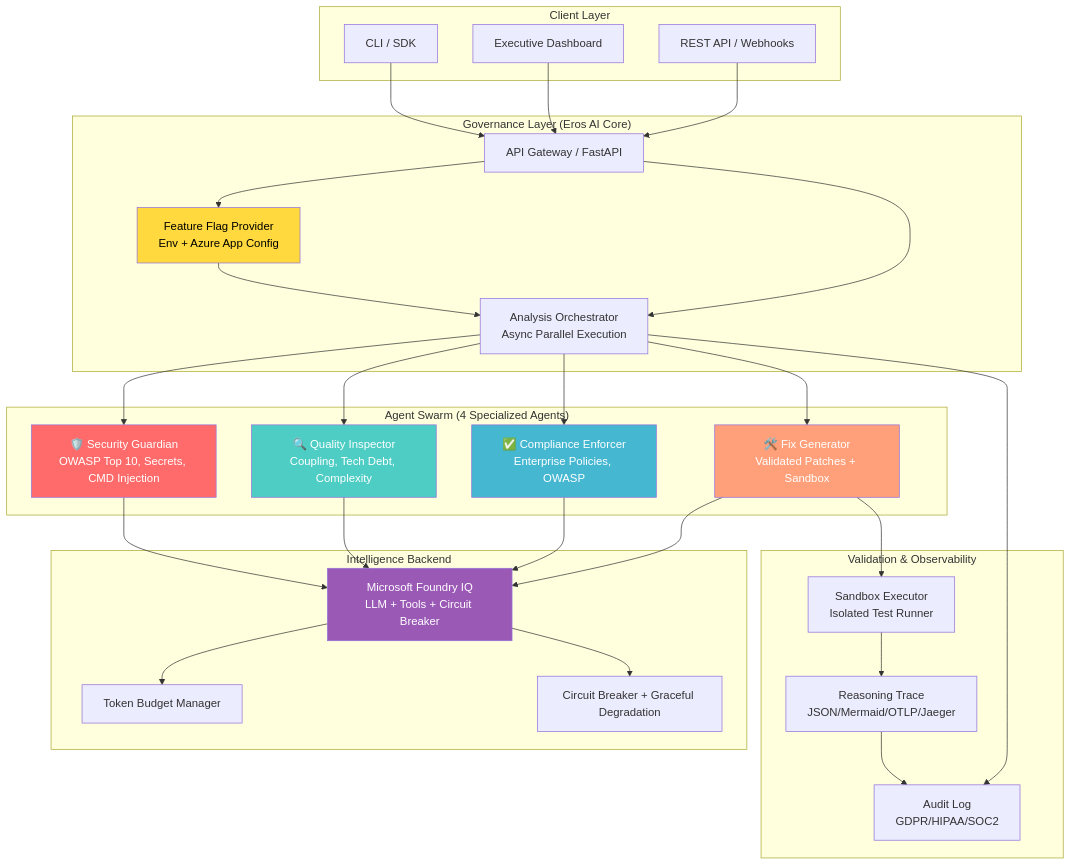
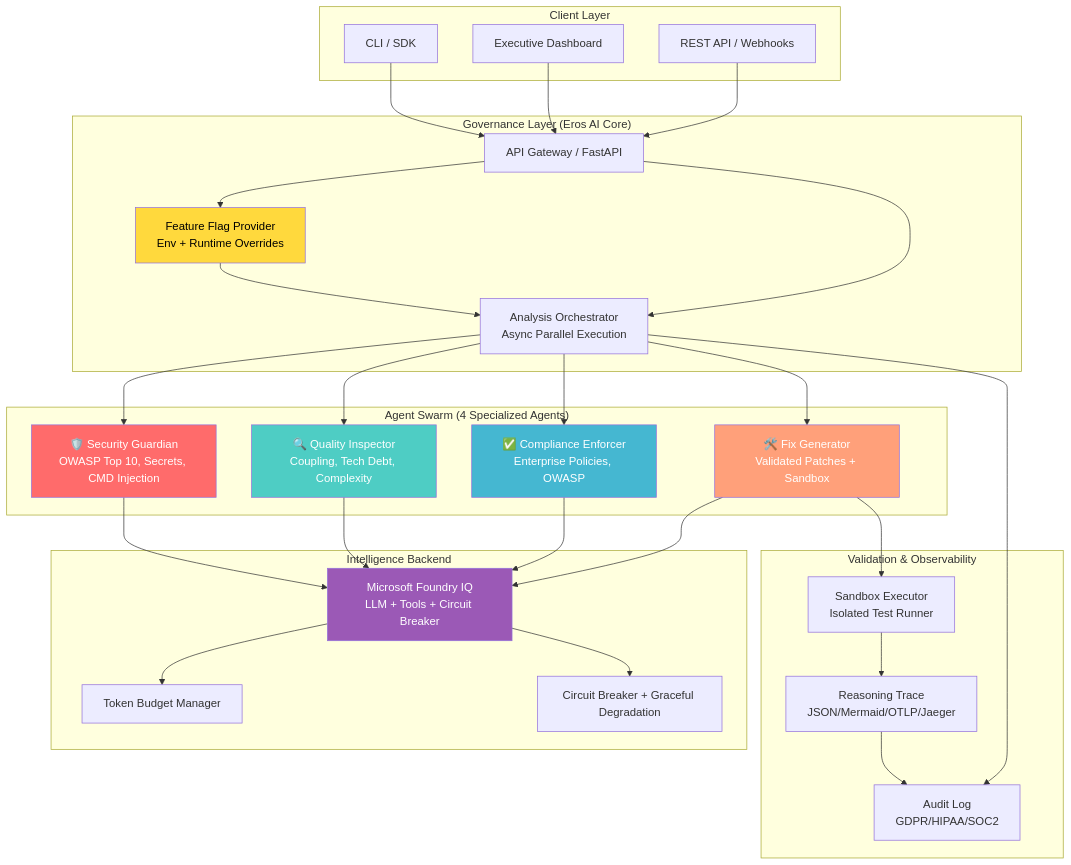
One commit to raulrodriguezmesia-blip/eros-ai changed the first of 2 diagrams in README.md. Above: the diagram before and after it, drawn with Mermaid. The commit also changed other lines of this file, not shown here.

````diff
--- a/README.md
+++ b/README.md
@@ -36,66 +36,66 @@
 ```mermaid
 graph TB
     subgraph "Client Layer"
         CLI[CLI / SDK]
         DASH[Executive Dashboard]
         API[REST API / Webhooks]
     end
 
     subgraph "Governance Layer (Eros AI Core)"
         GW[API Gateway / FastAPI]
-        FF[Feature Flag Provider<br/>Env + Azure App Config]
+        FF[Feature Flag Provider<br/>Env + Runtime Overrides]
         ORCH[Analysis Orchestrator<br/>Async Parallel Execution]
         
         GW --> FF
         GW --> ORCH
         FF --> ORCH
     end
 
     subgraph "Agent Swarm (4 Specialized Agents)"
         SG[🛡️ Security Guardian<br/>OWASP Top 10, Secrets, CMD Injection]
         QI[🔍 Quality Inspector<br/>Coupling, Tech Debt, Complexity]
         CE[✅ Compliance Enforcer<br/>Enterprise Policies, OWASP]
         FG[🛠️ Fix Generator<br/>Validated Patches + Sandbox]
     end
 
     subgraph "Intelligence Backend"
         FIQ[Microsoft Foundry IQ<br/>LLM + Tools + Circuit Breaker]
         TB[Token Budget Manager]
         CB[Circuit Breaker + Graceful Degradation]
     end
 
     subgraph "Validation & Observability"
         SAND[Sandbox Executor<br/>Isolated Test Runner]
         TRACE[Reasoning Trace<br/>JSON/Mermaid/OTLP/Jaeger]
         AUDIT[Audit Log<br/>GDPR/HIPAA/SOC2]
     end
 
     CLI --> GW
     DASH --> GW
     API --> GW
     
     ORCH --> SG
     ORCH --> QI
     ORCH --> CE
     ORCH --> FG
     
     SG --> FIQ
     QI --> FIQ
     CE --> FIQ
     FG --> FIQ
     
     FIQ --> TB
     FIQ --> CB
     
     FG --> SAND
     SAND --> TRACE
     ORCH --> AUDIT
     TRACE --> AUDIT
     
     style SG fill:#FF6B6B,color:#fff
     style QI fill:#4ECDC4,color:#fff
     style CE fill:#45B7D1,color:#fff
     style FG fill:#FFA07A,color:#fff
     style FIQ fill:#9B59B6,color:#fff
     style FF fill:#FFD93D,color:#000
 ```
````
